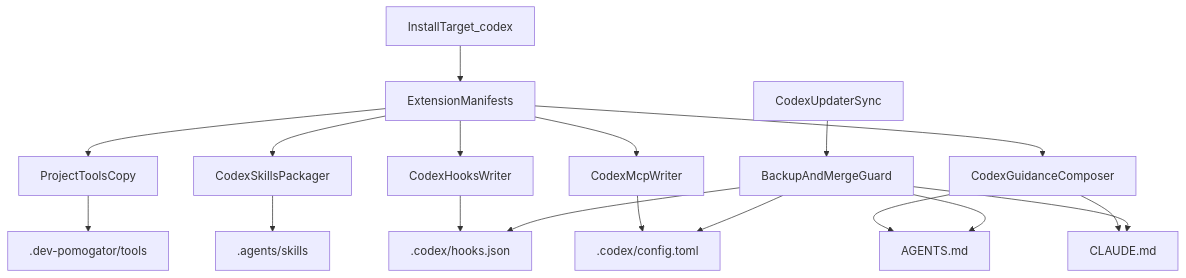
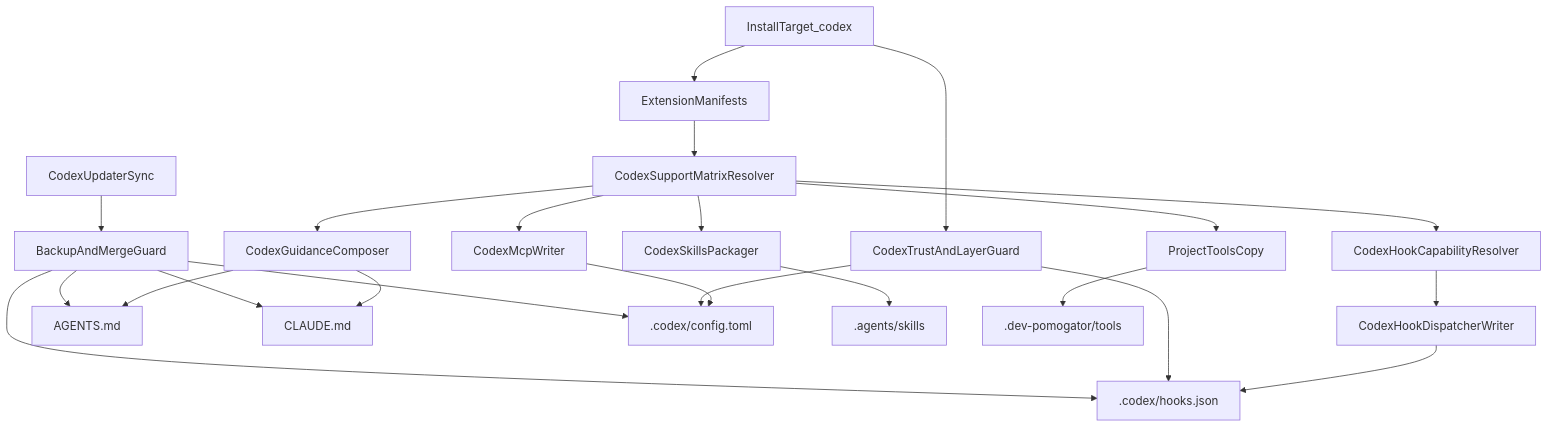
Before and after one commit to stgmt/dev-pomogator: the diagram in .specs/codex-cli-support/DESIGN.md, drawn with Mermaid. The commit also changed other lines of this file and 24 other files, not shown here.

First line of the commit message:
spec(codex-cli-support): rewrite around current Codex docs surface (#4)

````diff
--- a/.specs/codex-cli-support/DESIGN.md
+++ b/.specs/codex-cli-support/DESIGN.md
@@ -212,20 +251,25 @@
 ```mermaid
 flowchart TD
-  installTarget[InstallTarget_codex] --> extManifests[ExtensionManifests]
-  extManifests --> ProjectToolsCopy[ProjectToolsCopy]
-  extManifests --> skillsPackager[CodexSkillsPackager]
-  extManifests --> hooksWriter[CodexHooksWriter]
-  extManifests --> mcpWriter[CodexMcpWriter]
-  extManifests --> guidanceComposer[CodexGuidanceComposer]
+  installTarget[InstallTarget_codex] --> trustGuard[CodexTrustAndLayerGuard]
+  installTarget --> extManifests[ExtensionManifests]
+  extManifests --> supportMatrix[CodexSupportMatrixResolver]
+  supportMatrix --> ProjectToolsCopy[ProjectToolsCopy]
+  supportMatrix --> skillsPackager[CodexSkillsPackager]
+  supportMatrix --> hookCapability[CodexHookCapabilityResolver]
+  hookCapability --> hooksWriter[CodexHookDispatcherWriter]
+  supportMatrix --> mcpWriter[CodexMcpWriter]
+  supportMatrix --> guidanceComposer[CodexGuidanceComposer]
   guidanceComposer --> agentsFile[AGENTS.md]
   guidanceComposer --> claudeFile[CLAUDE.md]
   hooksWriter --> hooksJson[.codex/hooks.json]
   mcpWriter --> codexToml[.codex/config.toml]
   skillsPackager --> repoSkills[.agents/skills]
   ProjectToolsCopy --> repoTools[.dev-pomogator/tools]
+  trustGuard --> codexToml
+  trustGuard --> hooksJson
   backupGuard[BackupAndMergeGuard] --> agentsFile
   backupGuard --> claudeFile
   backupGuard --> hooksJson
   backupGuard --> codexToml
   updaterSync[CodexUpdaterSync] --> backupGuard
 ```
````
